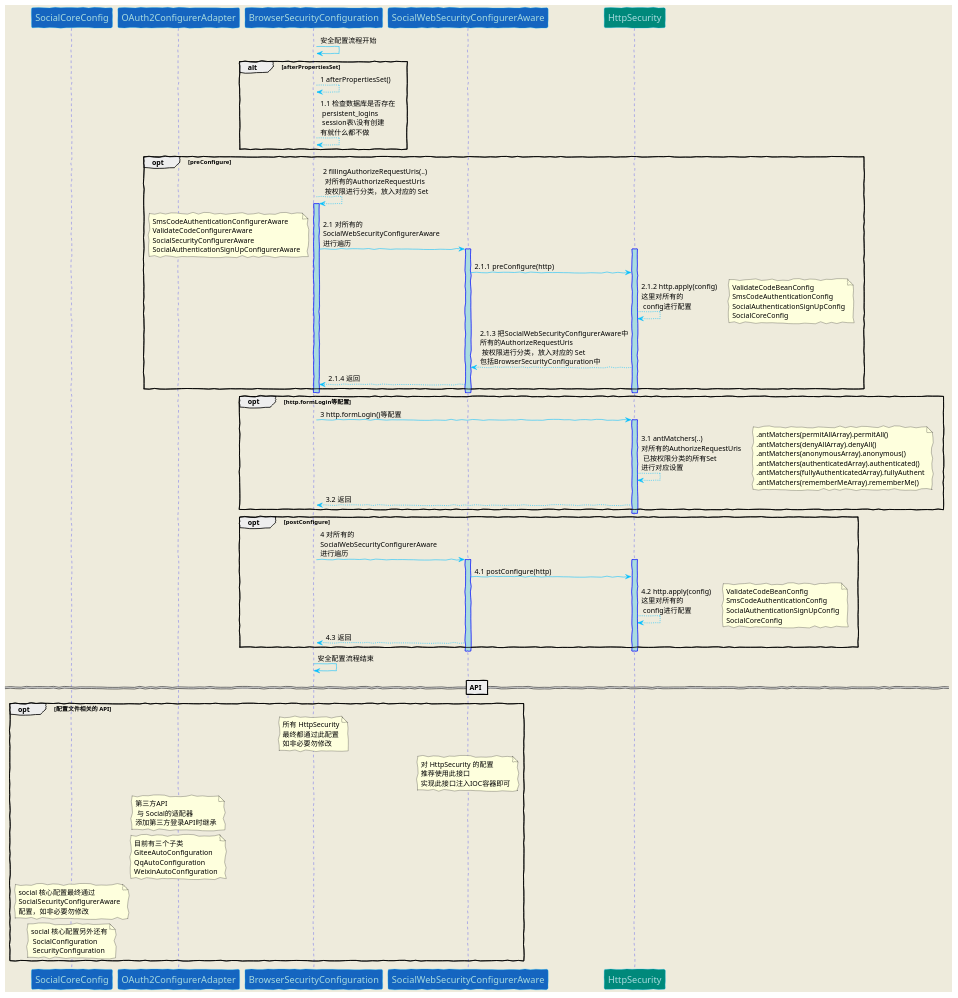
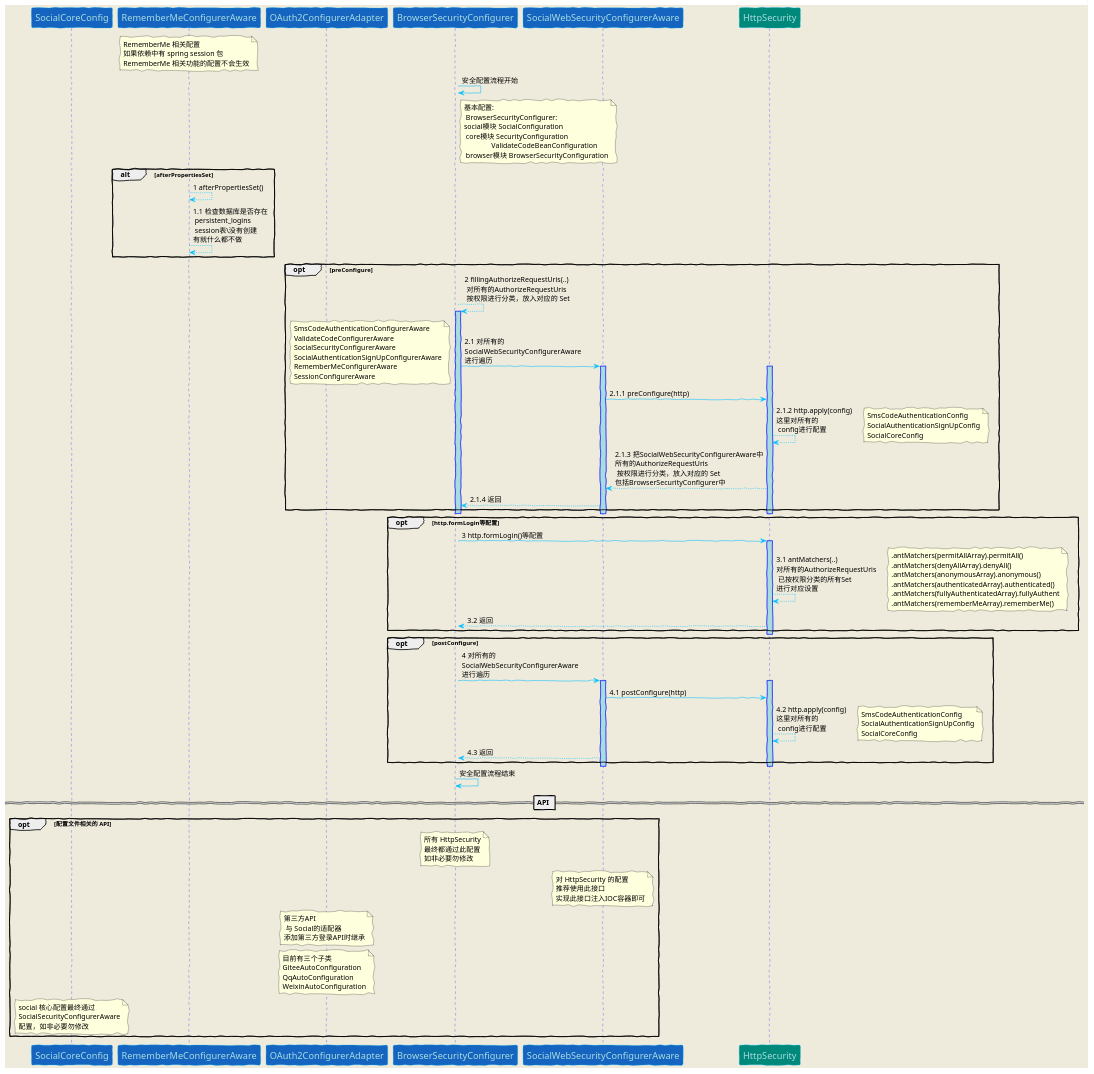
One commit to ZeroOrInfinity/UMS changed the diagram in doc/scurityConfigurer.puml. Above: the diagram before and after it, drawn with PlantUML. The commit also changed 21 other files, not shown here.

Commit message:
继续重构代码,添加 spring session 配置

```diff
--- a/doc/scurityConfigurer.puml
+++ b/doc/scurityConfigurer.puml
@@ -1,99 +1,107 @@
 @startuml
 
 skinparam backgroundColor #EEEBDC
 skinparam handwritten true
 skinparam sequence {
 ArrowColor DeepSkyBlue
 ActorBorderColor DeepSkyBlue
 LifeLineBorderColor blue
 LifeLineBackgroundColor #A9DCDF
 ParticipantBorderColor DeepSkyBlue
 ParticipantBackgroundColor #00897b
 ParticipantFontName Impact
 ParticipantFontSize 17
 ParticipantFontColor #A9DCDF
 ActorBackgroundColor aqua
 ActorFontColor DeepSkyBlue
 ActorFontSize 17
 ActorFontName Aapex
 }
 participant "SocialCoreConfig"  #1565c0
+participant "RememberMeConfigurerAware"  #1565c0
+note over RememberMeConfigurerAware: RememberMe 相关配置\n\
+如果依赖中有 spring session 包\n\
+RememberMe 相关功能的配置不会生效
+
 participant "OAuth2ConfigurerAdapter"  #1565c0
 
-participant "BrowserSecurityConfiguration" #1565c0
-BrowserSecurityConfiguration -> BrowserSecurityConfiguration: 安全配置流程开始
+participant "BrowserSecurityConfigurer" #1565c0
+BrowserSecurityConfigurer -> BrowserSecurityConfigurer: 安全配置流程开始
+note right BrowserSecurityConfigurer: 基本配置:\n BrowserSecurityConfigurer: \n\
+social模块 SocialConfiguration\n core模块 SecurityConfiguration\n\
+               ValidateCodeBeanConfiguration\n browser模块 BrowserSecurityConfiguration
 alt afterPropertiesSet
-BrowserSecurityConfiguration --> BrowserSecurityConfiguration: 1 afterPropertiesSet()
-BrowserSecurityConfiguration --> BrowserSecurityConfiguration: 1.1 检查数据库是否存在\n persistent_logins\n session表\没有创建\n有就什么都不做
+RememberMeConfigurerAware --> RememberMeConfigurerAware: 1 afterPropertiesSet()
+RememberMeConfigurerAware --> RememberMeConfigurerAware: 1.1 检查数据库是否存在\n persistent_logins\n session表\没有创建\n有就什么都不做
 end
-activate BrowserSecurityConfiguration
+activate BrowserSecurityConfigurer
 opt preConfigure
-BrowserSecurityConfiguration --> BrowserSecurityConfiguration: 2 fillingAuthorizeRequestUris(..)\n 对所有的AuthorizeRequestUris\n 按权限进行分类，放入对应的 Set
-activate BrowserSecurityConfiguration
+BrowserSecurityConfigurer --> BrowserSecurityConfigurer: 2 fillingAuthorizeRequestUris(..)\n 对所有的AuthorizeRequestUris\n 按权限进行分类，放入对应的 Set
+activate BrowserSecurityConfigurer
 participant "SocialWebSecurityConfigurerAware" #1565c0
-BrowserSecurityConfiguration -> SocialWebSecurityConfigurerAware: 2.1 对所有的\nSocialWebSecurityConfigurerAware\n进行遍历
+BrowserSecurityConfigurer -> SocialWebSecurityConfigurerAware: 2.1 对所有的\nSocialWebSecurityConfigurerAware\n进行遍历
 note left : SmsCodeAuthenticationConfigurerAware\n\
 ValidateCodeConfigurerAware\n\
 SocialSecurityConfigurerAware\n\
-SocialAuthenticationSignUpConfigurerAware
+SocialAuthenticationSignUpConfigurerAware\n\
+RememberMeConfigurerAware\n\
+SessionConfigurerAware
 activate SocialWebSecurityConfigurerAware
 activate HttpSecurity
 SocialWebSecurityConfigurerAware -> HttpSecurity: 2.1.1 preConfigure(http)
 HttpSecurity --> HttpSecurity: 2.1.2 http.apply(config)\n这里对所有的\n config进行配置
-note right : ValidateCodeBeanConfig\n\
-SmsCodeAuthenticationConfig\n\
+note right : SmsCodeAuthenticationConfig\n\
 SocialAuthenticationSignUpConfig\n\
 SocialCoreConfig
-HttpSecurity --> SocialWebSecurityConfigurerAware: 2.1.3 把SocialWebSecurityConfigurerAware中\n所有的AuthorizeRequestUris\n 按权限进行分类，放入对应的 Set\n包括BrowserSecurityConfiguration中
-SocialWebSecurityConfigurerAware --> BrowserSecurityConfiguration: 2.1.4 返回
+HttpSecurity --> SocialWebSecurityConfigurerAware: 2.1.3 把SocialWebSecurityConfigurerAware中\n所有的AuthorizeRequestUris\n 按权限进行分类，放入对应的 Set\n包括BrowserSecurityConfigurer中
+SocialWebSecurityConfigurerAware --> BrowserSecurityConfigurer: 2.1.4 返回
 end
 deactivate HttpSecurity
 deactivate SocialWebSecurityConfigurerAware
-deactivate BrowserSecurityConfiguration
+deactivate BrowserSecurityConfigurer
 opt http.formLogin等配置
-BrowserSecurityConfiguration -> HttpSecurity: 3 http.formLogin()等配置
+BrowserSecurityConfigurer -> HttpSecurity: 3 http.formLogin()等配置
 activate HttpSecurity
 HttpSecurity --> HttpSecurity: 3.1 antMatchers(..)\n对所有的AuthorizeRequestUris\n 已按权限分类的所有Set\n进行对应设置
 note right : .antMatchers(permitAllArray).permitAll()\n\
 .antMatchers(denyAllArray).denyAll()\n\
 .antMatchers(anonymousArray).anonymous()\n\
 .antMatchers(authenticatedArray).authenticated()\n\
 .antMatchers(fullyAuthenticatedArray).fullyAuthent\n\
 .antMatchers(rememberMeArray).rememberMe()
-HttpSecurity --> BrowserSecurityConfiguration: 3.2 返回
+HttpSecurity --> BrowserSecurityConfigurer: 3.2 返回
 end
 deactivate HttpSecurity
-activate BrowserSecurityConfiguration
+activate BrowserSecurityConfigurer
 opt postConfigure
-BrowserSecurityConfiguration -> SocialWebSecurityConfigurerAware: 4 对所有的\nSocialWebSecurityConfigurerAware\n进行遍历
+BrowserSecurityConfigurer -> SocialWebSecurityConfigurerAware: 4 对所有的\nSocialWebSecurityConfigurerAware\n进行遍历
 activate SocialWebSecurityConfigurerAware
 activate HttpSecurity
 SocialWebSecurityConfigurerAware -> HttpSecurity: 4.1 postConfigure(http)
 HttpSecurity --> HttpSecurity: 4.2 http.apply(config)\n这里对所有的\n config进行配置
-note right : ValidateCodeBeanConfig\n\
-SmsCodeAuthenticationConfig\n\
+note right : SmsCodeAuthenticationConfig\n\
 SocialAuthenticationSignUpConfig\n\
 SocialCoreConfig
 
-SocialWebSecurityConfigurerAware --> BrowserSecurityConfiguration: 4.3 返回
+SocialWebSecurityConfigurerAware --> BrowserSecurityConfigurer: 4.3 返回
 end
 deactivate HttpSecurity
 deactivate SocialWebSecurityConfigurerAware
-deactivate BrowserSecurityConfiguration
+deactivate BrowserSecurityConfigurer
 
-deactivate BrowserSecurityConfiguration
+deactivate BrowserSecurityConfigurer
 
-BrowserSecurityConfiguration -> BrowserSecurityConfiguration: 安全配置流程结束
+BrowserSecurityConfigurer -> BrowserSecurityConfigurer: 安全配置流程结束
 
 == API ==
 opt 配置文件相关的 API
-note over BrowserSecurityConfiguration: 所有 HttpSecurity\n最终都通过此配置\n如非必要勿修改
+note over BrowserSecurityConfigurer: 所有 HttpSecurity\n最终都通过此配置\n如非必要勿修改
 note over SocialWebSecurityConfigurerAware: 对 HttpSecurity 的配置\n推荐使用此接口\n实现此接口注入IOC容器即可
 
 note over OAuth2ConfigurerAdapter: 第三方API\n 与 Social的适配器\n添加第三方登录API时继承
 note over OAuth2ConfigurerAdapter: 目前有三个子类\nGiteeAutoConfiguration\nQqAutoConfiguration\nWeixinAutoConfiguration
 note over SocialCoreConfig: social 核心配置最终通过\nSocialSecurityConfigurerAware\n配置，如非必要勿修改
-note over SocialCoreConfig: social 核心配置另外还有\n SocialConfiguration\n SecurityConfiguration
+
 end
 
 @enduml
```
